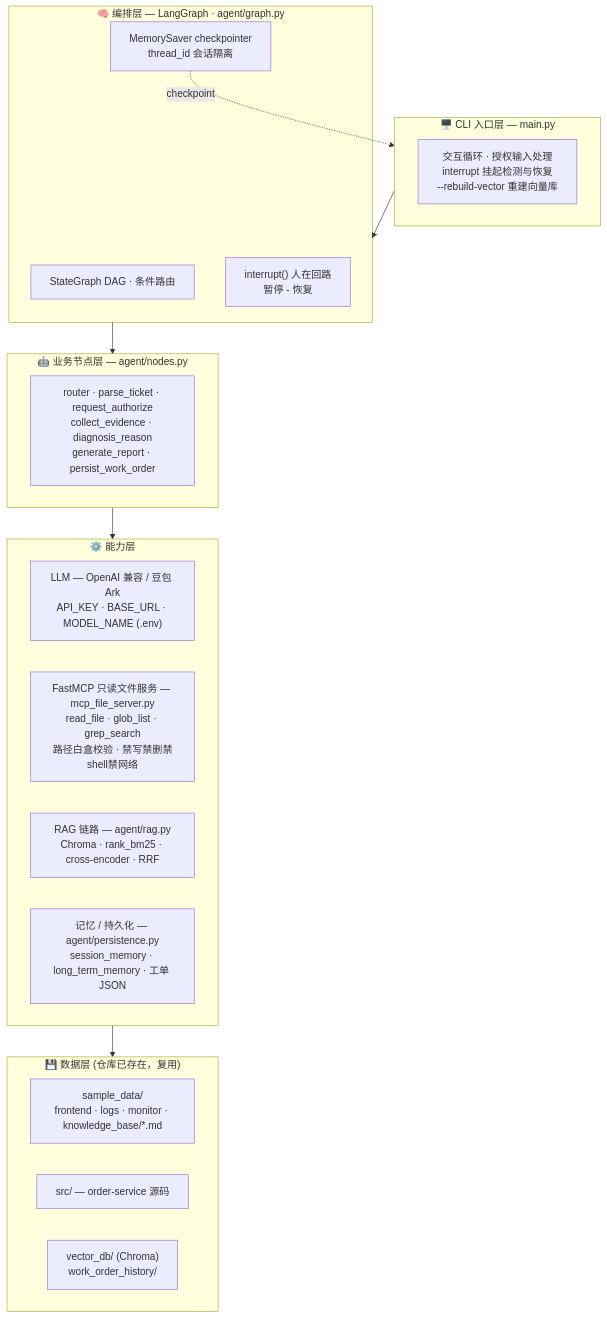
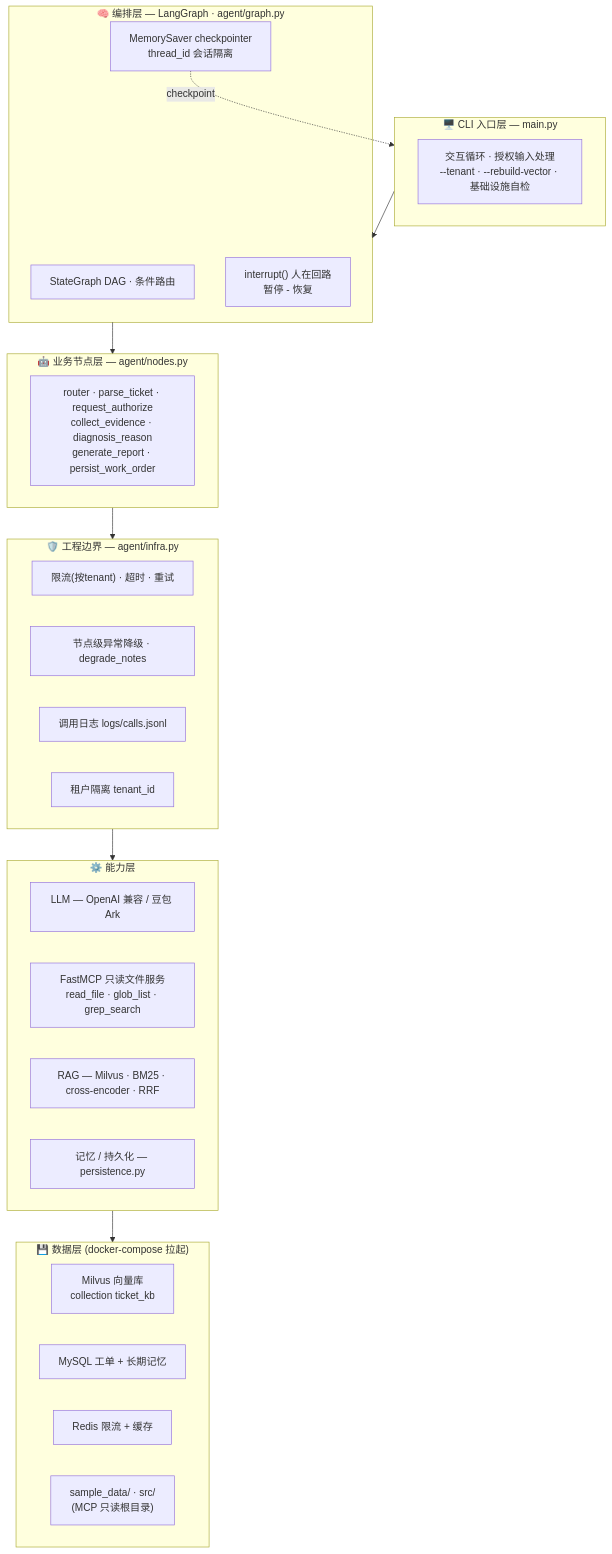
The second of 3 diagrams in langgraph_demo/README.md (tianqishi1/ticket-skill-agent), drawn with Mermaid before and after one commit. The commit also changed other lines of this file and 12 other files, not shown here.

First line of the commit message:
feat(langgraph_demo): Milvus向量库+MySQL/Redis工程边界+租户隔离+docker-compose+README重写

````diff
--- a/langgraph_demo/README.md
+++ b/langgraph_demo/README.md
@@ -99,27 +78,34 @@
 ```mermaid
 flowchart TB
     subgraph CLI["🖥️ CLI 入口层 — main.py"]
-        IN["交互循环 · 授权输入处理<br/>interrupt 挂起检测与恢复<br/>--rebuild-vector 重建向量库"]
+        IN["交互循环 · 授权输入处理<br/>--tenant · --rebuild-vector · 基础设施自检"]
     end
     subgraph ORCH["🧠 编排层 — LangGraph · agent/graph.py"]
         SG["StateGraph DAG · 条件路由"]
         MS["MemorySaver checkpointer<br/>thread_id 会话隔离"]
         HIL["interrupt() 人在回路<br/>暂停 - 恢复"]
     end
     subgraph NODE["🤖 业务节点层 — agent/nodes.py"]
         N["router · parse_ticket · request_authorize<br/>collect_evidence · diagnosis_reason<br/>generate_report · persist_work_order"]
     end
+    subgraph EDGE["🛡️ 工程边界 — agent/infra.py"]
+        RL["限流(按tenant) · 超时 · 重试"]
+        DG["节点级异常降级 · degrade_notes"]
+        LOG["调用日志 logs/calls.jsonl"]
+        TN["租户隔离 tenant_id"]
+    end
     subgraph CAP["⚙️ 能力层"]
-        LLM["LLM — OpenAI 兼容 / 豆包 Ark<br/>API_KEY · BASE_URL · MODEL_NAME (.env)"]
-        MCP["FastMCP 只读文件服务 — mcp_file_server.py<br/>read_file · glob_list · grep_search<br/>路径白盒校验 · 禁写禁删禁shell禁网络"]
-        RAG["RAG 链路 — agent/rag.py<br/>Chroma · rank_bm25 · cross-encoder · RRF"]
-        MEM["记忆 / 持久化 — agent/persistence.py<br/>session_memory · long_term_memory · 工单 JSON"]
+        LLM["LLM — OpenAI 兼容 / 豆包 Ark"]
+        MCP["FastMCP 只读文件服务<br/>read_file · glob_list · grep_search"]
+        RAG["RAG — Milvus · BM25 · cross-encoder · RRF"]
+        MEM["记忆 / 持久化 — persistence.py"]
     end
-    subgraph DATA["💾 数据层 (仓库已存在，复用)"]
-        D1["sample_data/<br/>frontend · logs · monitor · knowledge_base/*.md"]
-        D2["src/ — order-service 源码"]
-        D3["vector_db/ (Chroma)<br/>work_order_history/"]
+    subgraph DATA["💾 数据层 (docker-compose 拉起)"]
+        D1["Milvus 向量库<br/>collection ticket_kb"]
+        D2["MySQL 工单 + 长期记忆"]
+        D3["Redis 限流 + 缓存"]
+        D4["sample_data/ · src/<br/>(MCP 只读根目录)"]
     end
-    CLI --> ORCH --> NODE --> CAP --> DATA
+    CLI --> ORCH --> NODE --> EDGE --> CAP --> DATA
     MS -.->|"checkpoint"| CLI
 ```
````
